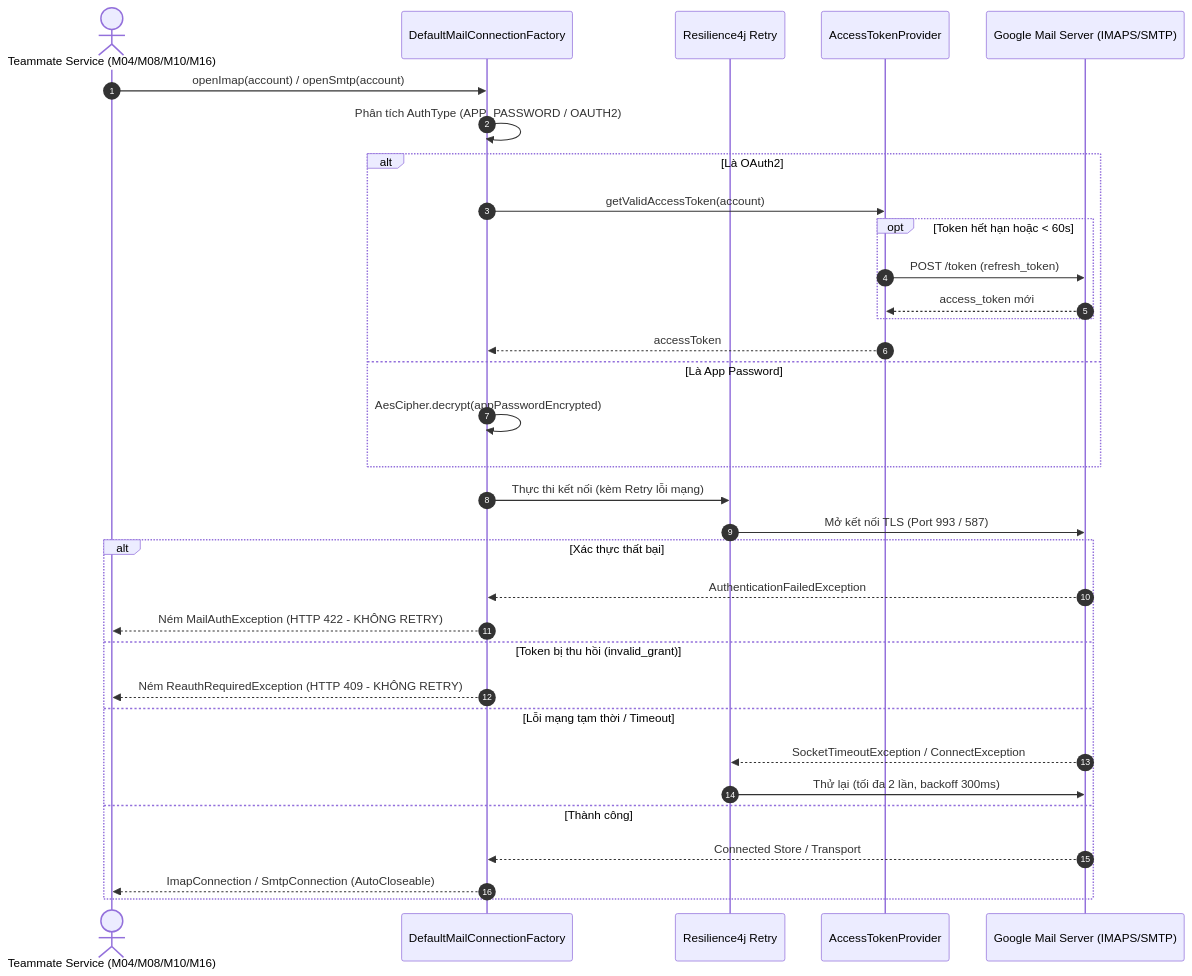
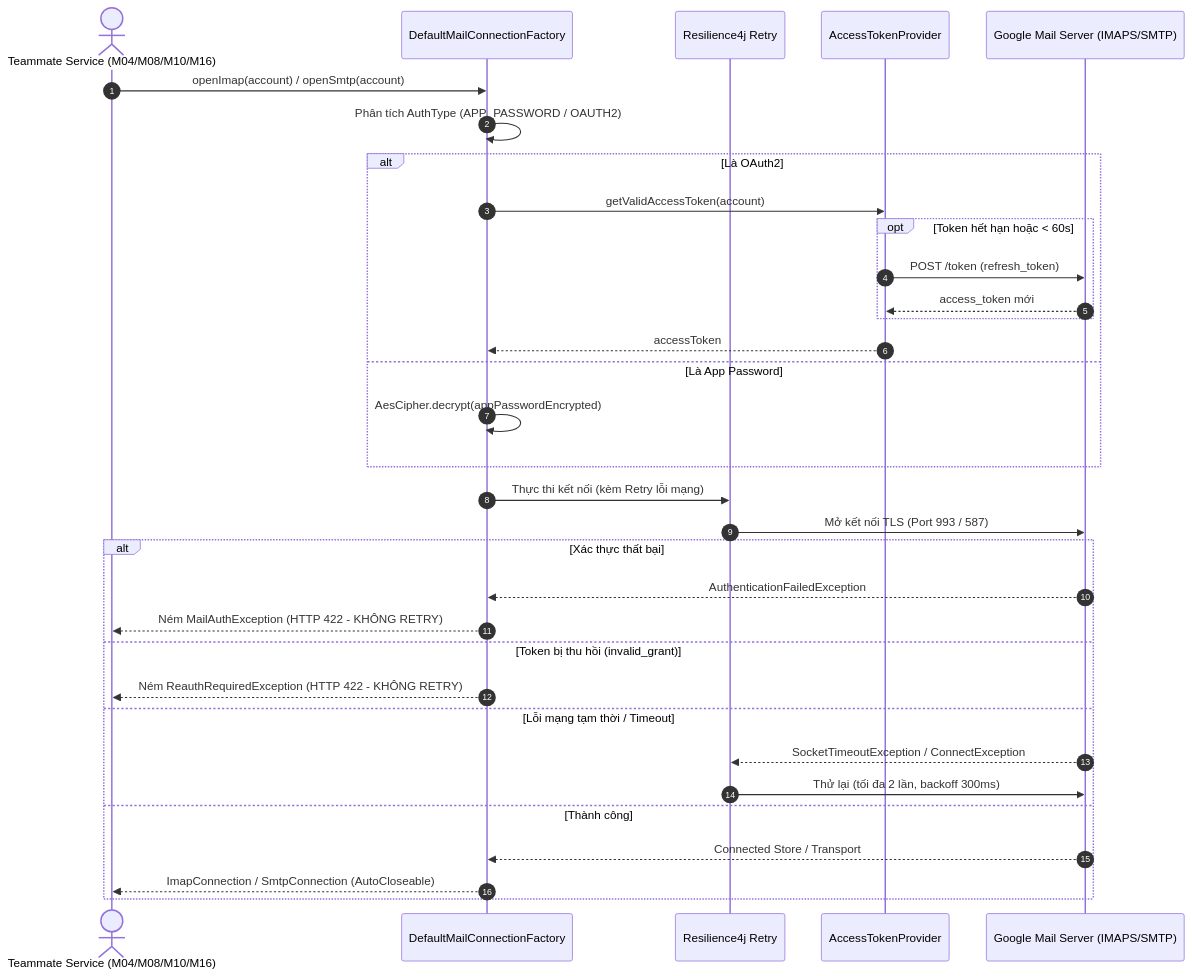
The diagram in Mail Server/docs/mail-connection-factory.md (lethinh26/MailManager), drawn with Mermaid before and after one commit. The commit also changed other lines of this file and 274 other files, not shown here.

````diff
--- a/Mail Server/docs/mail-connection-factory.md
+++ b/Mail Server/docs/mail-connection-factory.md
@@ -23,36 +25,36 @@
 ```mermaid
 sequenceDiagram
     autonumber
     actor Caller as Teammate Service (M04/M08/M10/M16)
     participant Factory as DefaultMailConnectionFactory
     participant Retry as Resilience4j Retry
     participant Provider as AccessTokenProvider
     participant Gmail as Google Mail Server (IMAPS/SMTP)
 
     Caller->>Factory: openImap(account) / openSmtp(account)
     Factory->>Factory: Phân tích AuthType (APP_PASSWORD / OAUTH2)
     alt Là OAuth2
         Factory->>Provider: getValidAccessToken(account)
         opt Token hết hạn hoặc < 60s
             Provider->>Gmail: POST /token (refresh_token)
             Gmail-->>Provider: access_token mới
         end
         Provider-->>Factory: accessToken
     else Là App Password
         Factory->>Factory: AesCipher.decrypt(appPasswordEncrypted)
     end
     Factory->>Retry: Thực thi kết nối (kèm Retry lỗi mạng)
     Retry->>Gmail: Mở kết nối TLS (Port 993 / 587)
     alt Xác thực thất bại
         Gmail-->>Factory: AuthenticationFailedException
         Factory-->>Caller: Ném MailAuthException (HTTP 422 - KHÔNG RETRY)
     else Token bị thu hồi (invalid_grant)
-        Factory-->>Caller: Ném ReauthRequiredException (HTTP 409 - KHÔNG RETRY)
+        Factory-->>Caller: Ném ReauthRequiredException (HTTP 422 - KHÔNG RETRY)
     else Lỗi mạng tạm thời / Timeout
         Gmail-->>Retry: SocketTimeoutException / ConnectException
         Retry->>Gmail: Thử lại (tối đa 2 lần, backoff 300ms)
     else Thành công
         Gmail-->>Factory: Connected Store / Transport
         Factory-->>Caller: ImapConnection / SmtpConnection (AutoCloseable)
     end
 ```
````
